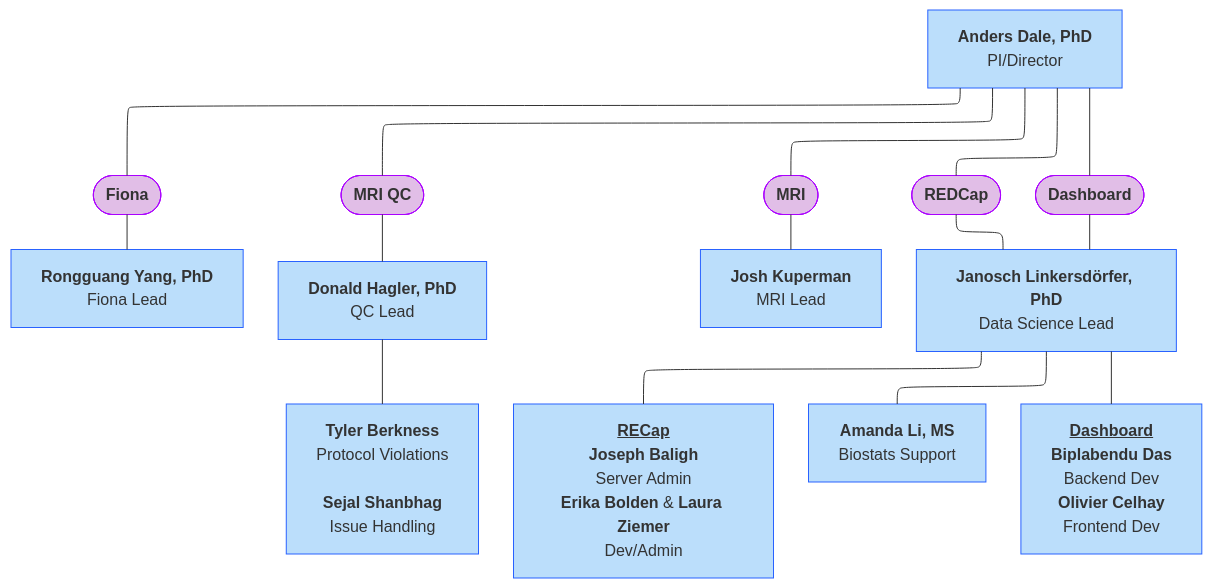
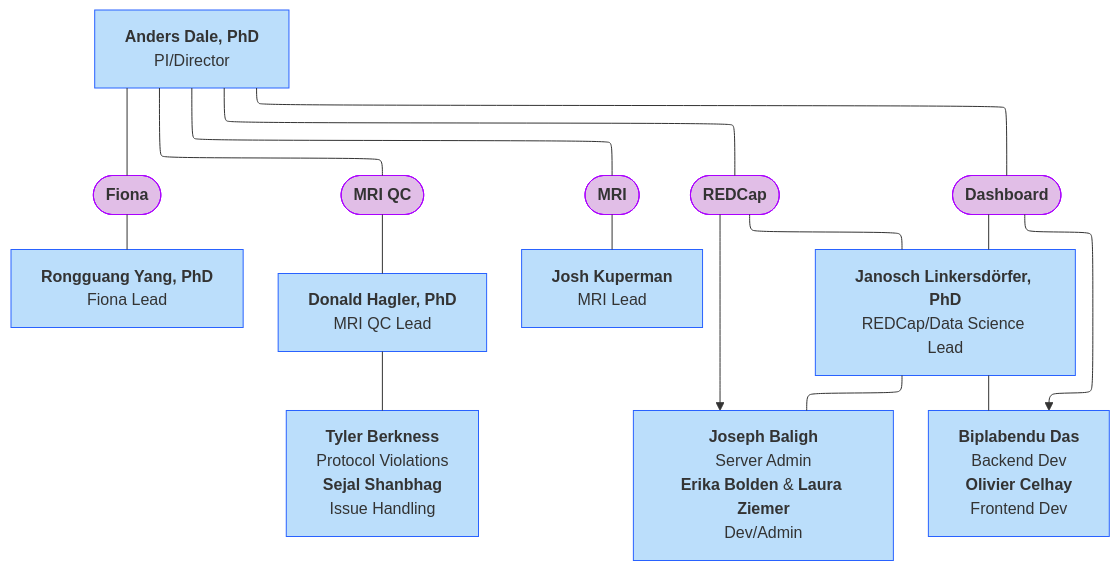
The seventh of 9 diagrams in docs/orgcharts.md (DCAN-Labs/hbcd-docs-internal), drawn with Mermaid before and after one commit. The commit also changed 1 other file, not shown here.

Commit message:
update JCVI

````diff
--- a/docs/orgcharts.md
+++ b/docs/orgcharts.md
@@ -383,32 +383,30 @@
 ```mermaid
 ---
 config:
   layout: elk
 ---
 flowchart TB
-    A["<b>Anders Dale, PhD</b><br>PI/Director"] 
-    --- n1(["<b>Fiona</b>"]) & n2(["<b>MRI QC</b>"]) & n3(["<b>MRI</b>"]) & n6(["<b>REDCap</b>"]) & n15(["<b>Dashboard</b>"])
-    n1 --- n8["<b>Rongguang Yang, PhD</b><br>Fiona Lead<br>"]
-    n2 --- n9["<b>Donald Hagler, PhD</b><br>QC Lead<br>"]
+    A["<b>Anders Dale, PhD</b><br>PI/Director"] --- n1(["<b>Fiona</b>"]) & n2(["<b>MRI QC</b>"]) & n3(["<b>MRI</b>"]) & n6(["<b>REDCap</b>"]) & n15(["<b>Dashboard</b>"])
+    n1 --- n8["<b>Rongguang Yang, PhD</b><br>Fiona Lead"]
+    n2 --- n9["<b>Donald Hagler, PhD</b><br>MRI QC Lead<br>"]
     n3 --- n10["<b>Josh Kuperman</b><br>MRI Lead"]
-    n6 --- n4["<b>Janosch Linkersdörfer, PhD</b><br>Data Science Lead"]
-    n9 --- n13["<b>Tyler Berkness</b><br>Protocol Violations<br><br><b>Sejal Shanbhag</b><br>Issue Handling"]
+    n6 --- n4["<b>Janosch Linkersdörfer, PhD</b><br>REDCap/Data Science Lead"]
+    n9 --- n13["<b>Tyler Berkness</b><br>Protocol Violations<br><b>Sejal Shanbhag</b><br>Issue Handling"]
     n15 --- n4
-    n4 --- n12["<b><b><u>RECap</u></b><br>Joseph Baligh</b><br>Server Admin<br><b>Erika Bolden</b> &amp; <b>Laura Ziemer</b><br>Dev/Admin"]
-    n4 --- n18["<b>Amanda Li, MS</b><br>Biostats Support"] 
-    n4 --- n17["<b><u>Dashboard</u></b><br><b>Biplabendu Das</b><br>Backend Dev<br><b>Olivier Celhay</b><br>Frontend Dev"]
+    n4 --- n12["<b>Joseph Baligh</b><br>Server Admin<br><b>Erika Bolden</b> &amp; <b>Laura Ziemer</b><br>Dev/Admin"] & n17["<b>Biplabendu Das</b><br>Backend Dev<br><b>Olivier Celhay</b><br>Frontend Dev"]
+    n15 --> n17
+    n6 --> n12
     style A fill:#BBDEFB,stroke:#2962FF
     style n1 fill:#E1BEE7,stroke:#AA00FF
     style n2 fill:#E1BEE7,stroke:#AA00FF
     style n3 fill:#E1BEE7,stroke:#AA00FF
     style n6 fill:#E1BEE7,stroke:#AA00FF
     style n15 fill:#E1BEE7,stroke:#AA00FF
     style n8 fill:#BBDEFB,stroke:#2962FF
     style n9 fill:#BBDEFB,stroke:#2962FF
     style n10 fill:#BBDEFB,stroke:#2962FF
     style n4 fill:#BBDEFB,stroke:#2962FF
     style n13 fill:#BBDEFB,stroke:#2962FF
     style n12 fill:#BBDEFB,stroke:#2962FF
-    style n18 fill:#BBDEFB,stroke:#2962FF
     style n17 fill:#BBDEFB,stroke:#2962FF
 ```
````
